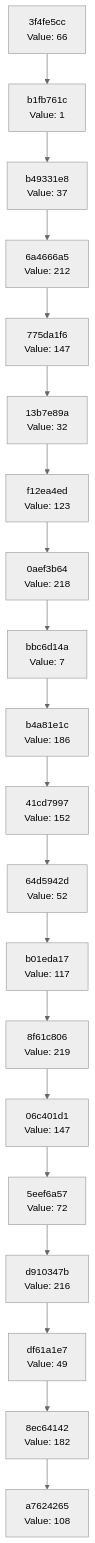
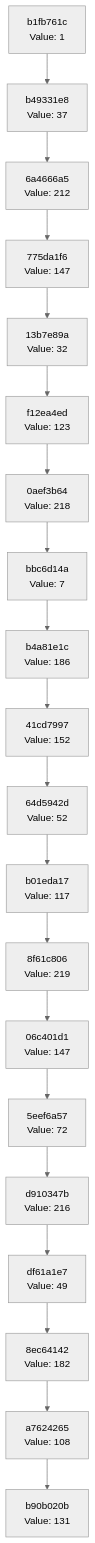
Before and after one commit to Abhisheksinha1506/hash-chain-evolver: the diagram in docs/CHAIN_VISUALIZATION.md, drawn with Mermaid (neutral theme). The commit also changed 2 other files, not shown here.

Commit message:
Evolution Step

````diff
--- a/docs/CHAIN_VISUALIZATION.md
+++ b/docs/CHAIN_VISUALIZATION.md
@@ -3,42 +3,42 @@
 ```mermaid
 graph TD
-    C0["a7624265<br/>Value: 108"]
-    C1["8ec64142<br/>Value: 182"]
+    C0["b90b020b<br/>Value: 131"]
+    C1["a7624265<br/>Value: 108"]
     C1 --> C0
-    C2["df61a1e7<br/>Value: 49"]
+    C2["8ec64142<br/>Value: 182"]
     C2 --> C1
-    C3["d910347b<br/>Value: 216"]
+    C3["df61a1e7<br/>Value: 49"]
     C3 --> C2
-    C4["5eef6a57<br/>Value: 72"]
+    C4["d910347b<br/>Value: 216"]
     C4 --> C3
-    C5["06c401d1<br/>Value: 147"]
+    C5["5eef6a57<br/>Value: 72"]
     C5 --> C4
-    C6["8f61c806<br/>Value: 219"]
+    C6["06c401d1<br/>Value: 147"]
     C6 --> C5
-    C7["b01eda17<br/>Value: 117"]
+    C7["8f61c806<br/>Value: 219"]
     C7 --> C6
-    C8["64d5942d<br/>Value: 52"]
+    C8["b01eda17<br/>Value: 117"]
     C8 --> C7
-    C9["41cd7997<br/>Value: 152"]
+    C9["64d5942d<br/>Value: 52"]
     C9 --> C8
-    C10["b4a81e1c<br/>Value: 186"]
+    C10["41cd7997<br/>Value: 152"]
     C10 --> C9
-    C11["bbc6d14a<br/>Value: 7"]
+    C11["b4a81e1c<br/>Value: 186"]
     C11 --> C10
-    C12["0aef3b64<br/>Value: 218"]
+    C12["bbc6d14a<br/>Value: 7"]
     C12 --> C11
-    C13["f12ea4ed<br/>Value: 123"]
+    C13["0aef3b64<br/>Value: 218"]
     C13 --> C12
-    C14["13b7e89a<br/>Value: 32"]
+    C14["f12ea4ed<br/>Value: 123"]
     C14 --> C13
-    C15["775da1f6<br/>Value: 147"]
+    C15["13b7e89a<br/>Value: 32"]
     C15 --> C14
-    C16["6a4666a5<br/>Value: 212"]
+    C16["775da1f6<br/>Value: 147"]
     C16 --> C15
-    C17["b49331e8<br/>Value: 37"]
+    C17["6a4666a5<br/>Value: 212"]
     C17 --> C16
-    C18["b1fb761c<br/>Value: 1"]
+    C18["b49331e8<br/>Value: 37"]
     C18 --> C17
-    C19["3f4fe5cc<br/>Value: 66"]
+    C19["b1fb761c<br/>Value: 1"]
     C19 --> C18
 ```
````
